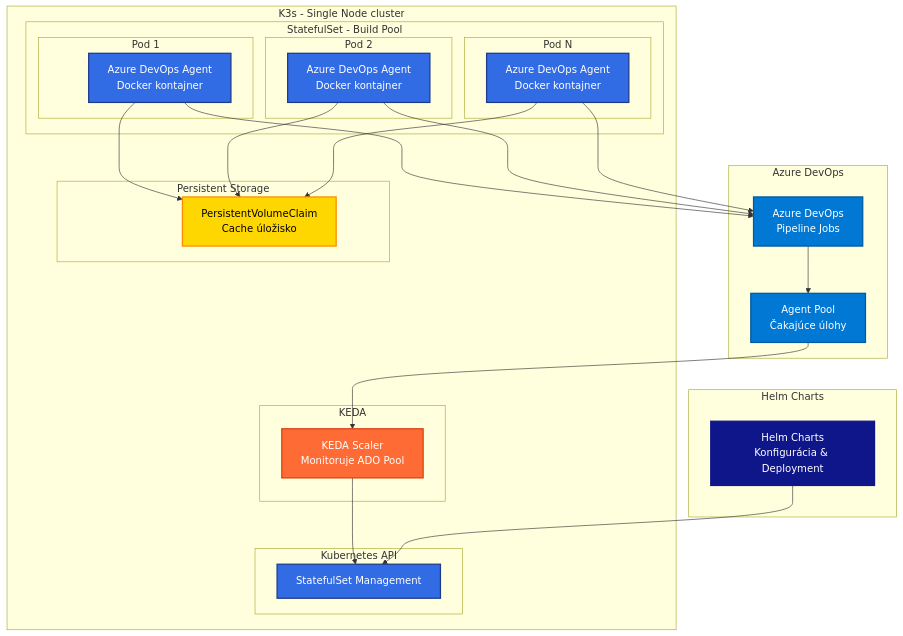
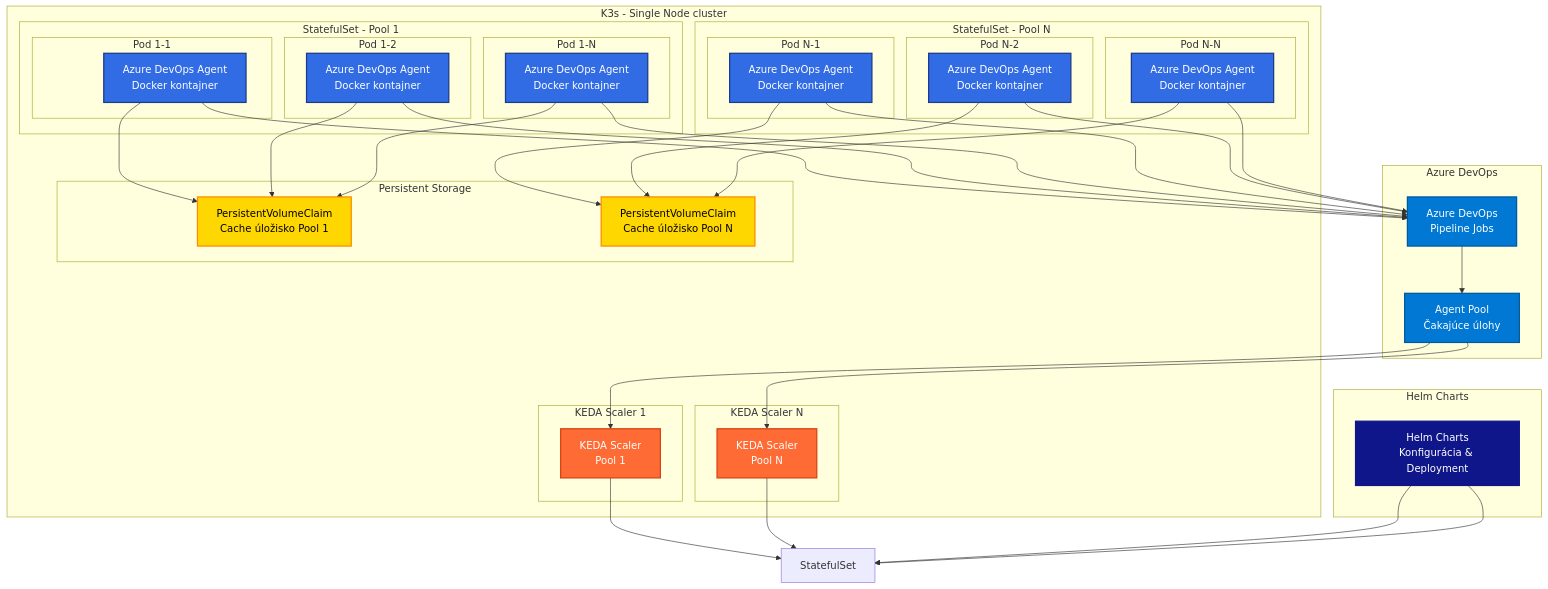
One commit to motycak/kros-sk.github.io changed the first of 2 diagrams in linuxmachine/user-documentation.md. Above: the diagram before and after it, drawn with Mermaid.

````diff
--- a/linuxmachine/user-documentation.md
+++ b/linuxmachine/user-documentation.md
@@ -44,28 +44,41 @@
     end
     
     subgraph "K3s - Single Node cluster"
-        subgraph "KEDA"
-            KEDA_SCALER[KEDA Scaler<br/>Monitoruje ADO Pool]
+        subgraph "KEDA Scaler 1"
+            KEDA_SCALER1[KEDA Scaler<br/>Pool 1]
         end
         
-        subgraph "StatefulSet - Build Pool"
-            subgraph "Pod 1"
-                AGENT1[Azure DevOps Agent<br/>Docker kontajner]
+        subgraph "KEDA Scaler N"
+            KEDA_SCALERN[KEDA Scaler<br/>Pool N]
+        end
+        
+        subgraph "StatefulSet - Pool 1"
+            subgraph "Pod 1-1"
+                AGENT1_1[Azure DevOps Agent<br/>Docker kontajner]
             end
-            subgraph "Pod 2"
-                AGENT2[Azure DevOps Agent<br/>Docker kontajner]
+            subgraph "Pod 1-2"
+                AGENT1_2[Azure DevOps Agent<br/>Docker kontajner]
             end
-            subgraph "Pod N"
-                AGENTN[Azure DevOps Agent<br/>Docker kontajner]
+            subgraph "Pod 1-N"
+                AGENT1_N[Azure DevOps Agent<br/>Docker kontajner]
+            end
+        end
+        
+        subgraph "StatefulSet - Pool N"
+            subgraph "Pod N-1"
+                AGENTN_1[Azure DevOps Agent<br/>Docker kontajner]
+            end
+            subgraph "Pod N-2"
+                AGENTN_2[Azure DevOps Agent<br/>Docker kontajner]
+            end
+            subgraph "Pod N-N"
+                AGENTN_N[Azure DevOps Agent<br/>Docker kontajner]
             end
         end
         
         subgraph "Persistent Storage"
-            PVC[PersistentVolumeClaim<br/>Cache úložisko]
-        end
-        
-        subgraph "Kubernetes API"
-            K8S_API[StatefulSet Management]
+            PVC1[PersistentVolumeClaim<br/>Cache úložisko Pool 1]
+            PVCN[PersistentVolumeClaim<br/>Cache úložisko Pool N]
         end
     end
     
@@ -75,17 +88,29 @@
     
     %% Connections
     ADO --> ADO_POOL
-    ADO_POOL --> KEDA_SCALER
-    KEDA_SCALER --> K8S_API
-    HELM --> K8S_API
+    ADO_POOL --> KEDA_SCALER1
+    ADO_POOL --> KEDA_SCALERN
     
-    AGENT1 --> PVC
-    AGENT2 --> PVC
-    AGENTN --> PVC
+    KEDA_SCALER1 --> StatefulSet
+    KEDA_SCALERN --> StatefulSet
     
-    AGENT1 --> ADO
-    AGENT2 --> ADO
-    AGENTN --> ADO
+    HELM --> StatefulSet
+    HELM --> StatefulSet
+    
+    AGENT1_1 --> PVC1
+    AGENT1_2 --> PVC1
+    AGENT1_N --> PVC1
+    
+    AGENTN_1 --> PVCN
+    AGENTN_2 --> PVCN
+    AGENTN_N --> PVCN
+    
+    AGENT1_1 --> ADO
+    AGENT1_2 --> ADO
+    AGENT1_N --> ADO
+    AGENTN_1 --> ADO
+    AGENTN_2 --> ADO
+    AGENTN_N --> ADO
     
     %% Styling
     classDef azure fill:#0078d4,stroke:#005a9e,stroke-width:2px,color:#fff
@@ -95,8 +120,8 @@
     classDef storage fill:#ffd700,stroke:#ff8c00,stroke-width:2px,color:#000
     
     class ADO,ADO_POOL azure
-    class KEDA_SCALER keda
-    class AGENT1,AGENT2,AGENTN,K8S_API k8s
+    class KEDA_SCALER1,KEDA_SCALERN keda
+    class AGENT1_1,AGENT1_2,AGENT1_N,AGENTN_1,AGENTN_2,AGENTN_N k8s
     class HELM helm
-    class PVC storage
+    class PVC1,PVCN storage
 ```
````
